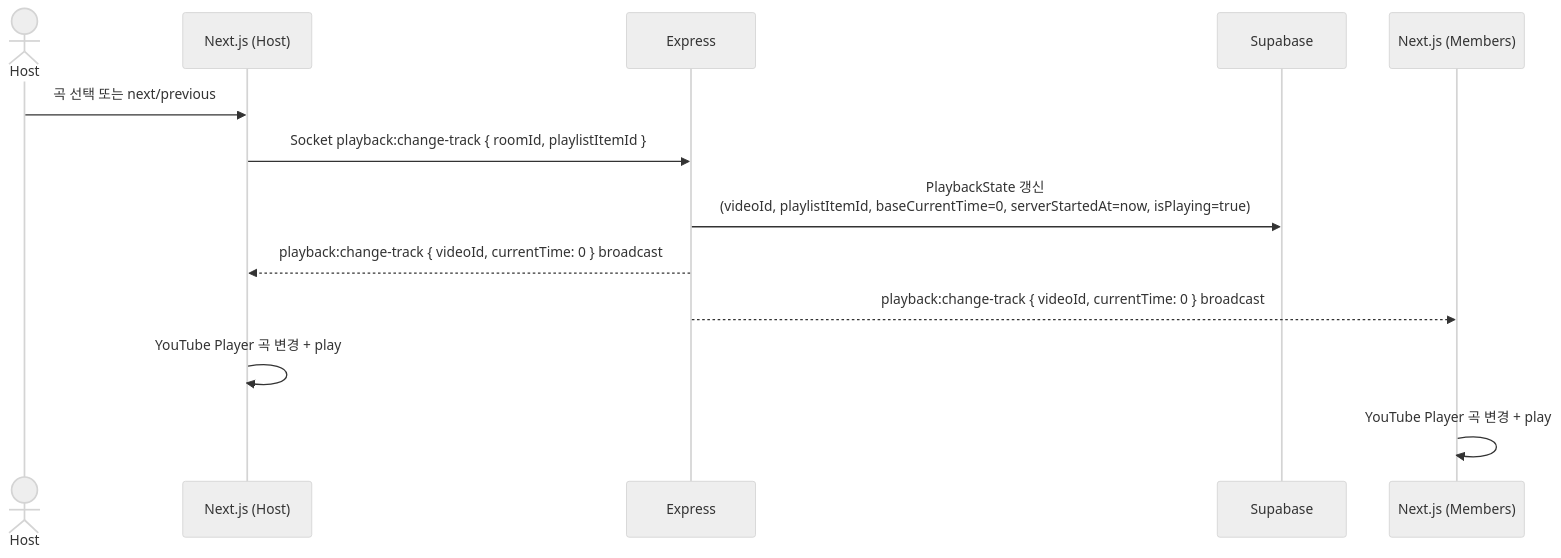
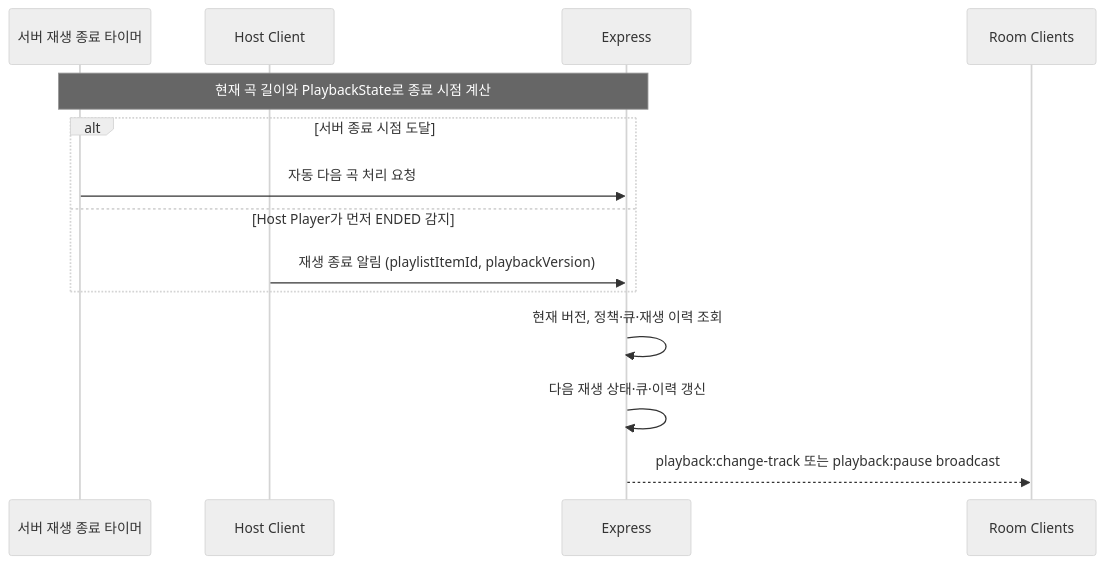
Before and after one commit to TechUP-SYFITY/SYFITY: the second of 5 diagrams in docs/03-realtime-sync-design.md, drawn with Mermaid (neutral theme). The commit also changed other lines of this file and 11 other files, not shown here.

````diff
--- a/docs/03-realtime-sync-design.md
+++ b/docs/03-realtime-sync-design.md
@@ -133,16 +148,17 @@
 ```mermaid
 sequenceDiagram
-    actor Host
-    participant FE_H as Next.js (Host)
+    participant Timer as 서버 재생 종료 타이머
+    participant Host as Host Client
     participant BE as Express
-    participant DB as Supabase
-    participant FE_M as Next.js (Members)
+    participant Clients as Room Clients
 
-    Host->>FE_H: 곡 선택 또는 next/previous
-    FE_H->>BE: Socket playback:change-track { roomId, playlistItemId }
-    BE->>DB: PlaybackState 갱신<br>(videoId, playlistItemId, baseCurrentTime=0, serverStartedAt=now, isPlaying=true)
-    BE-->>FE_H: playback:change-track { videoId, currentTime: 0 } broadcast
-    BE-->>FE_M: playback:change-track { videoId, currentTime: 0 } broadcast
-    FE_H->>FE_H: YouTube Player 곡 변경 + play
-    FE_M->>FE_M: YouTube Player 곡 변경 + play
+    Note over Timer,BE: 현재 곡 길이와 PlaybackState로 종료 시점 계산
+    alt 서버 종료 시점 도달
+        Timer->>BE: 자동 다음 곡 처리 요청
+    else Host Player가 먼저 ENDED 감지
+        Host->>BE: 재생 종료 알림 (playlistItemId, playbackVersion)
+    end
+    BE->>BE: 현재 버전, 정책·큐·재생 이력 조회
+    BE->>BE: 다음 재생 상태·큐·이력 갱신
+    BE-->>Clients: playback:change-track 또는 playback:pause broadcast
 ```
````
